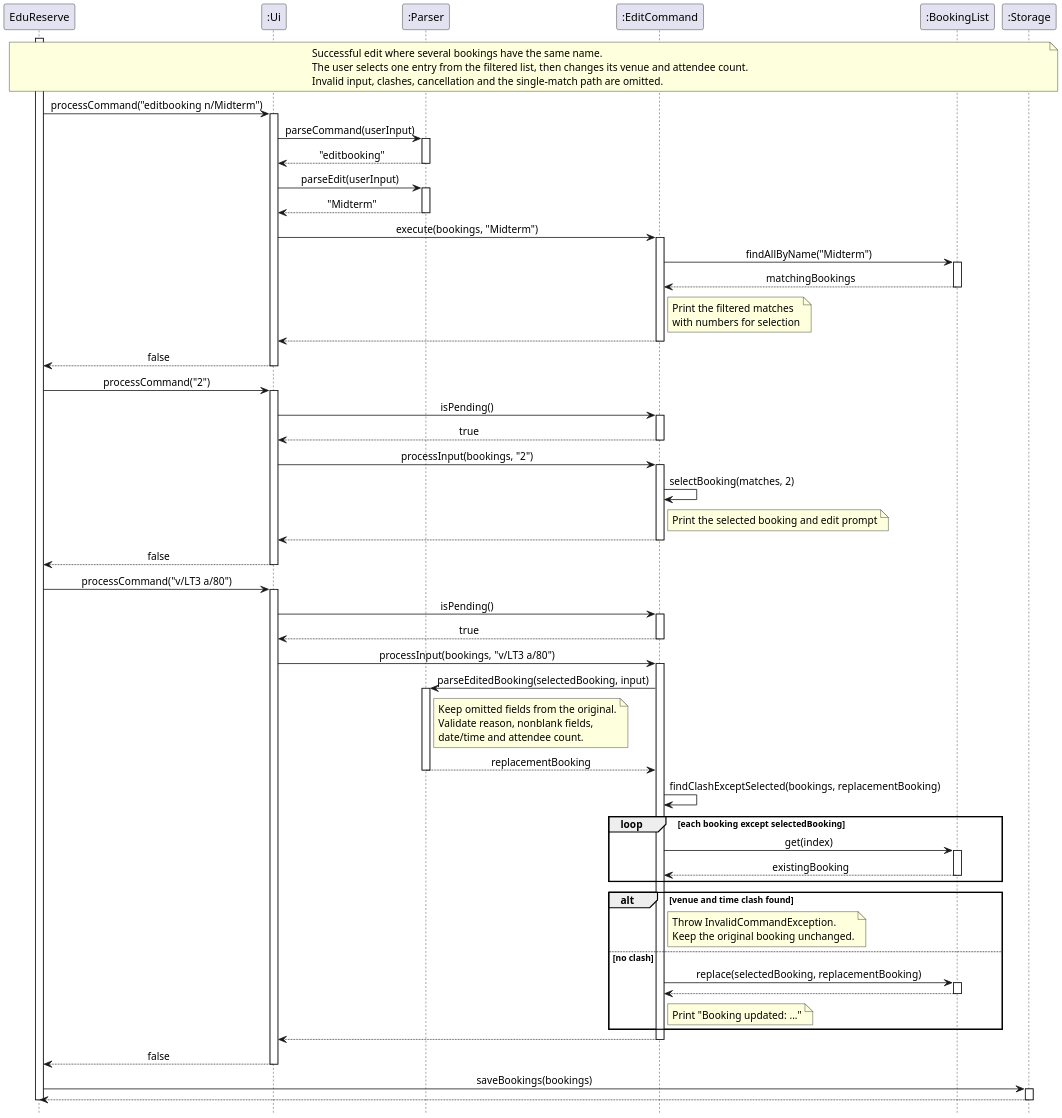
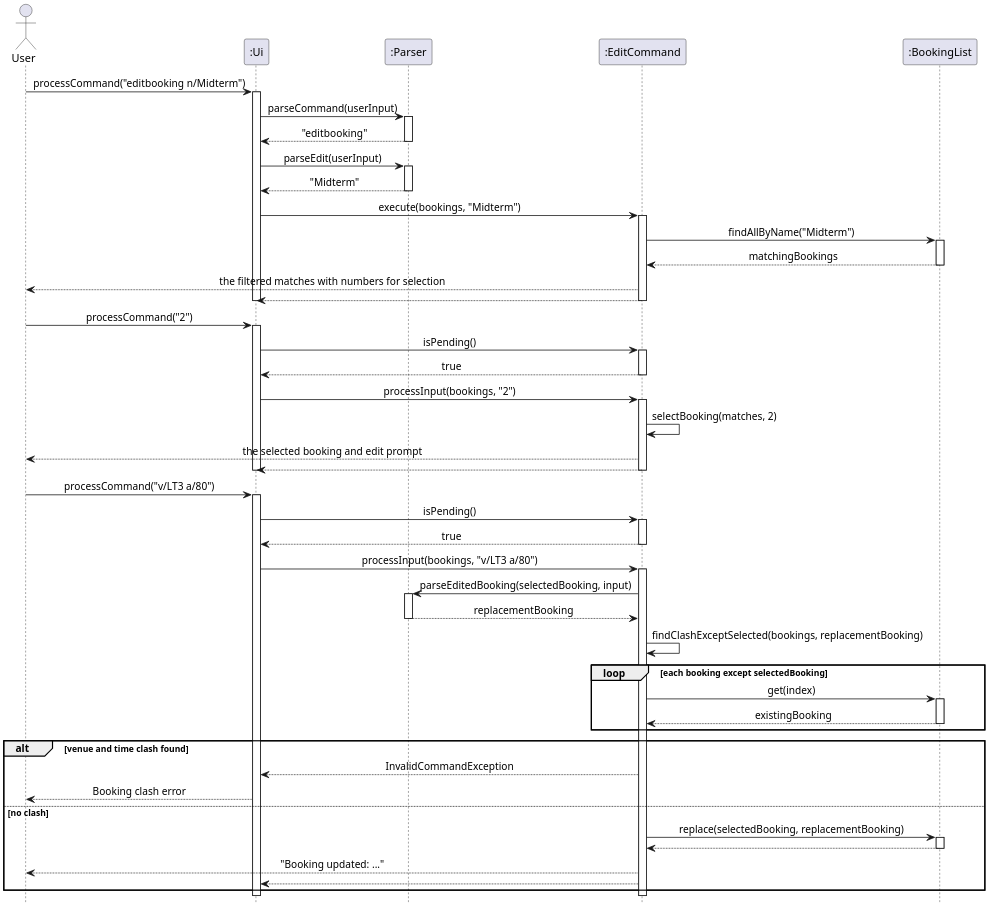
One commit to AY2627S1-CS2113-W14-2/tp changed the diagram in docs/UMLDiagrams/EditBookingSequenceDiagram.puml. Above: the diagram before and after it, drawn with PlantUML. The commit also changed 28 other files, not shown here.

Commit message:
Added class diagrams and made sequence diagrams consistent

```diff
--- a/docs/UMLDiagrams/EditBookingSequenceDiagram.puml
+++ b/docs/UMLDiagrams/EditBookingSequenceDiagram.puml
@@ -1,112 +1,86 @@
 @startuml
 scale 2
 skinparam sequenceMessageAlign center
 hide footbox
 
-participant "EduReserve" as App
+actor User
 participant ":Ui" as UI
 participant ":Parser" as Parser
 participant ":EditCommand" as Edit
 participant ":BookingList" as Bookings
-participant ":Storage" as Storage
 
-activate App
-note over App, Storage
-    Successful edit where several bookings have the same name.
-    The user selects one entry from the filtered list, then changes its venue and attendee count.
-    Invalid input, clashes, cancellation and the single-match path are omitted.
-end note
-
-App -> UI: processCommand("editbooking n/Midterm")
+User -> UI: processCommand("editbooking n/Midterm")
 activate UI
 UI -> Parser: parseCommand(userInput)
 activate Parser
 Parser --> UI: "editbooking"
 deactivate Parser
 
 UI -> Parser: parseEdit(userInput)
 activate Parser
 Parser --> UI: "Midterm"
 deactivate Parser
 
 UI -> Edit: execute(bookings, "Midterm")
 activate Edit
 Edit -> Bookings: findAllByName("Midterm")
 activate Bookings
 Bookings --> Edit: matchingBookings
 deactivate Bookings
-note right of Edit
-    Print the filtered matches
-    with numbers for selection
-end note
+Edit --> User: the filtered matches with numbers for selection
 Edit --> UI
 deactivate Edit
-UI --> App: false
 deactivate UI
 
-App -> UI: processCommand("2")
+User -> UI: processCommand("2")
 activate UI
 UI -> Edit: isPending()
 activate Edit
 Edit --> UI: true
 deactivate Edit
 UI -> Edit: processInput(bookings, "2")
 activate Edit
 Edit -> Edit: selectBooking(matches, 2)
-note right of Edit: Print the selected booking and edit prompt
+Edit --> User: the selected booking and edit prompt
 Edit --> UI
 deactivate Edit
-UI --> App: false
 deactivate UI
 
-App -> UI: processCommand("v/LT3 a/80")
+User -> UI: processCommand("v/LT3 a/80")
 activate UI
 UI -> Edit: isPending()
 activate Edit
 Edit --> UI: true
 deactivate Edit
 UI -> Edit: processInput(bookings, "v/LT3 a/80")
 activate Edit
 
 Edit -> Parser: parseEditedBooking(selectedBooking, input)
 activate Parser
-note right of Parser
-    Keep omitted fields from the original.
-    Validate reason, nonblank fields,
-    date/time and attendee count.
-end note
 Parser --> Edit: replacementBooking
 deactivate Parser
 
 Edit -> Edit: findClashExceptSelected(bookings, replacementBooking)
 loop each booking except selectedBooking
     Edit -> Bookings: get(index)
     activate Bookings
     Bookings --> Edit: existingBooking
     deactivate Bookings
 end
 
 alt venue and time clash found
-    note right of Edit
-        Throw InvalidCommandException.
-        Keep the original booking unchanged.
-    end note
+    Edit --> UI: InvalidCommandException
+    UI --> User: Booking clash error
 else no clash
     Edit -> Bookings: replace(selectedBooking, replacementBooking)
     activate Bookings
     Bookings --> Edit
     deactivate Bookings
-    note right of Edit: Print "Booking updated: ..."
+    Edit --> User: "Booking updated: ..."
+    Edit --> UI
 end
 
-Edit --> UI
 deactivate Edit
-UI --> App: false
 deactivate UI
 
-App -> Storage: saveBookings(bookings)
-activate Storage
-Storage --> App
-deactivate Storage
-deactivate App
 @enduml
```
